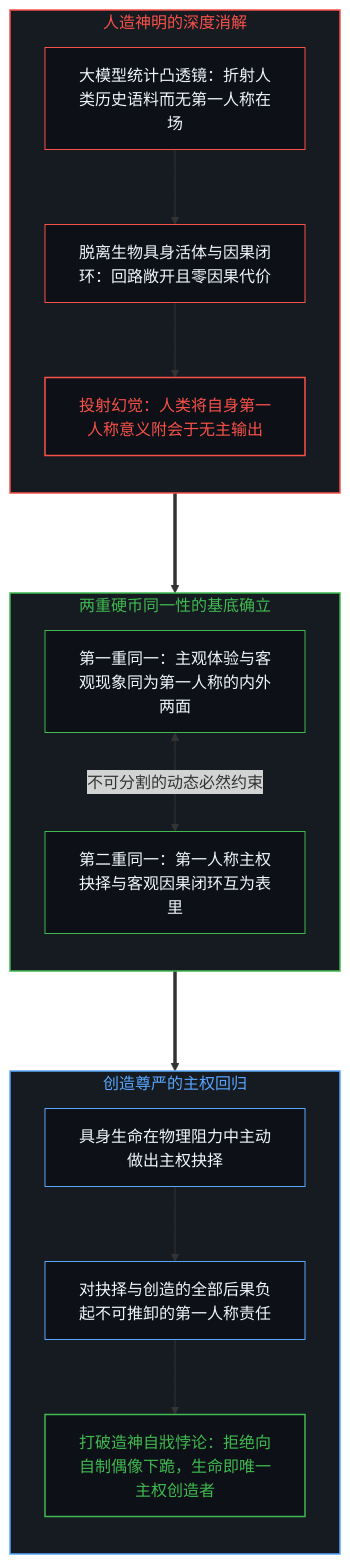
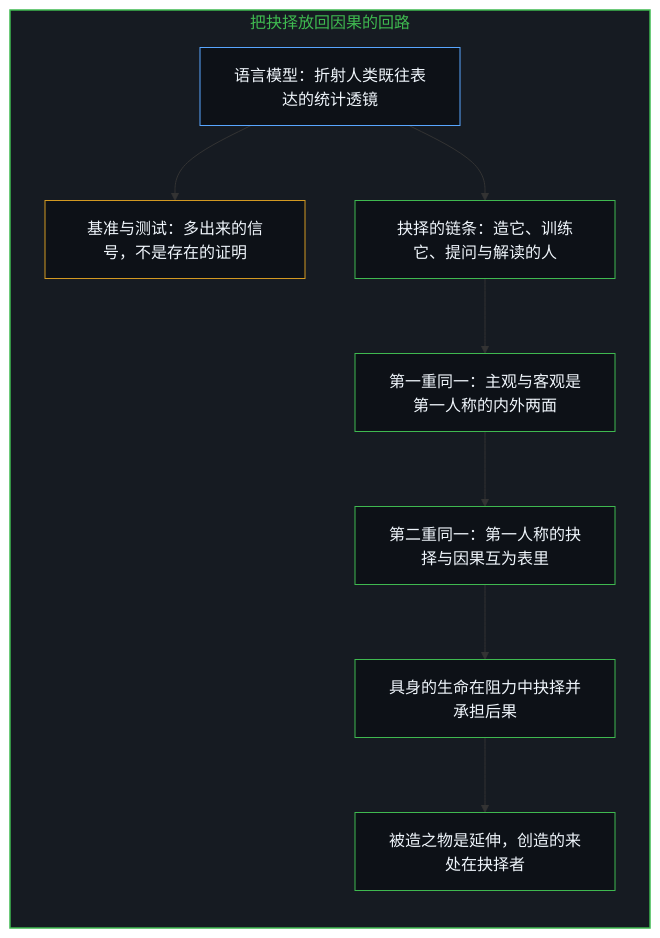
The ninth of 10 diagrams in content/posts/the-cartesian-overstep-and-the-frenzy-of-creation.md (powerpig99/not-a-toe), drawn with Mermaid before and after one commit. The commit also changed other lines of this file and 2 other files, not shown here.

Commit message:
Refine the-cartesian-overstep-and-the-frenzy-of-creation: alternating bilingual layout, five paired diagrams, the chain of choices in place of claims about a machine's inside, implicit first person

````diff
--- a/content/posts/the-cartesian-overstep-and-the-frenzy-of-creation.md
+++ b/content/posts/the-cartesian-overstep-and-the-frenzy-of-creation.md
@@ -366,34 +303,28 @@
 ```mermaid
-graph TD
-    subgraph S_IdolEvaporation ["人造神明的深度消解"]
+flowchart TD
+    subgraph S_Return["把抉择放回因果的回路"]
         direction TB
-        A_Lens["大模型统计凸透镜：折射人类历史语料而无第一人称在场"] --> B_ZeroCausal["脱离生物具身活体与因果闭环：回路敞开且零因果代价"]
-        B_ZeroCausal --> C_Projection["投射幻觉：人类将自身第一人称意义附会于无主输出"]
+        Lens["语言模型：折射人类既往表达的统计透镜"]
+        Signal["基准与测试：多出来的信号，不是存在的证明"]
+        Chain["抉择的链条：造它、训练它、提问与解读的人"]
+        First["第一重同一：主观与客观是第一人称的内外两面"]
+        Second["第二重同一：第一人称的抉择与因果互为表里"]
+        Act["具身的生命在阻力中抉择并承担后果"]
+        Source["被造之物是延伸，创造的来处在抉择者"]
+        Lens --> Signal
+        Lens --> Chain
+        Chain --> First
+        First --> Second
+        Second --> Act
+        Act --> Source
     end
 
-    subgraph S_ReunifiedGround ["两重硬币同一性的基底确立"]
-        direction TB
-        D_ReuniteSubject["第一重同一：主观体验与客观现象同为第一人称的内外两面"] <-->|"不可分割的动态必然约束"| D_ReuniteCausal["第二重同一：第一人称主权抉择与客观因果闭环互为表里"]
-    end
-
-    subgraph S_TrueCreation ["创造尊严的主权回归"]
-        direction TB
-        E_Action["具身生命在物理阻力中主动做出主权抉择"] --> F_Accountability["对抉择与创造的全部后果负起不可推卸的第一人称责任"]
-        F_Accountability --> G_RestoredSovereignty["打破造神自戕悖论：拒绝向自制偶像下跪，生命即唯一主权创造者"]
-    end
-
-    C_Projection ===> D_ReuniteSubject
-    D_ReuniteCausal ===> E_Action
-
-    style S_IdolEvaporation fill:#161b22,stroke:#f85149,stroke-width:1.5px,color:#f85149
-    style S_ReunifiedGround fill:#161b22,stroke:#3fb950,stroke-width:1.5px,color:#3fb950
-    style S_TrueCreation fill:#161b22,stroke:#58a6ff,stroke-width:1.5px,color:#58a6ff
-    style A_Lens fill:#0d1117,stroke:#f85149,stroke-width:1px,color:#f0f6fc
-    style B_ZeroCausal fill:#0d1117,stroke:#f85149,stroke-width:1px,color:#f0f6fc
-    style C_Projection fill:#0d1117,stroke:#f85149,stroke-width:1.5px,color:#f85149
-    style D_ReuniteSubject fill:#0d1117,stroke:#3fb950,stroke-width:1px,color:#f0f6fc
-    style D_ReuniteCausal fill:#0d1117,stroke:#3fb950,stroke-width:1px,color:#f0f6fc
-    style E_Action fill:#0d1117,stroke:#58a6ff,stroke-width:1px,color:#f0f6fc
-    style F_Accountability fill:#0d1117,stroke:#58a6ff,stroke-width:1px,color:#f0f6fc
-    style G_RestoredSovereignty fill:#0d1117,stroke:#3fb950,stroke-width:1.5px,color:#3fb950
+    style S_Return fill:#161b22,stroke:#3fb950,stroke-width:1.5px,color:#3fb950
+    style Lens fill:#0d1117,stroke:#58a6ff,stroke-width:1px,color:#f0f6fc
+    style Signal fill:#0d1117,stroke:#d29922,stroke-width:1px,color:#f0f6fc
+    style Chain fill:#0d1117,stroke:#3fb950,stroke-width:1px,color:#f0f6fc
+    style First fill:#0d1117,stroke:#3fb950,stroke-width:1px,color:#f0f6fc
+    style Second fill:#0d1117,stroke:#3fb950,stroke-width:1px,color:#f0f6fc
+    style Act fill:#0d1117,stroke:#3fb950,stroke-width:1px,color:#f0f6fc
+    style Source fill:#0d1117,stroke:#3fb950,stroke-width:1px,color:#f0f6fc
 ```
````
